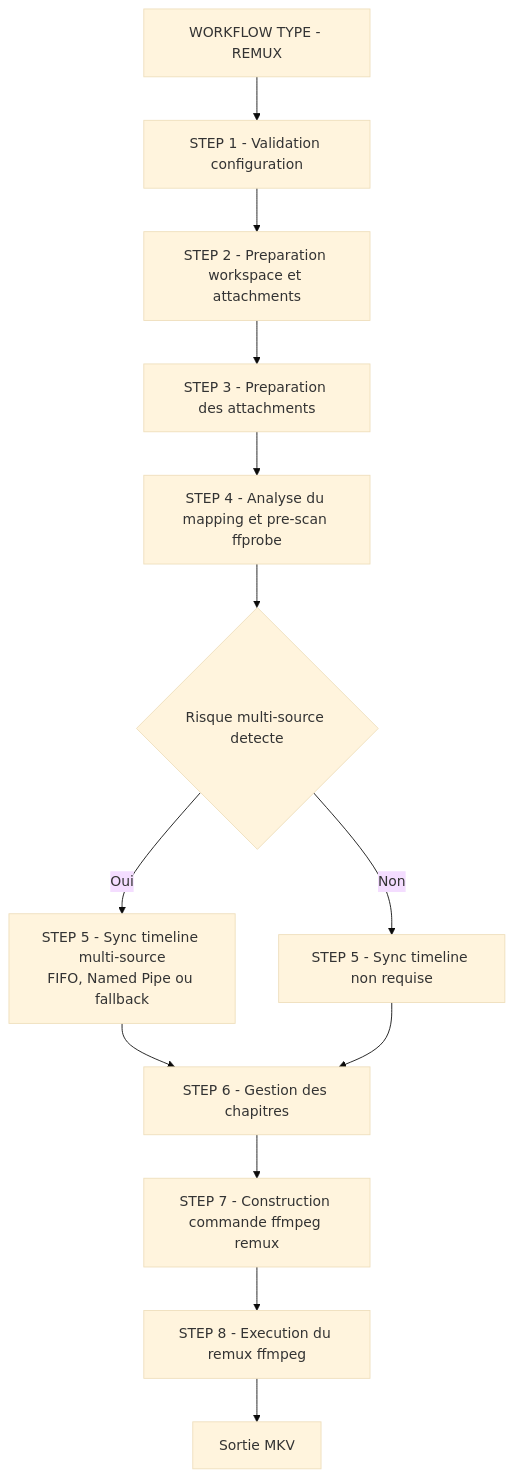
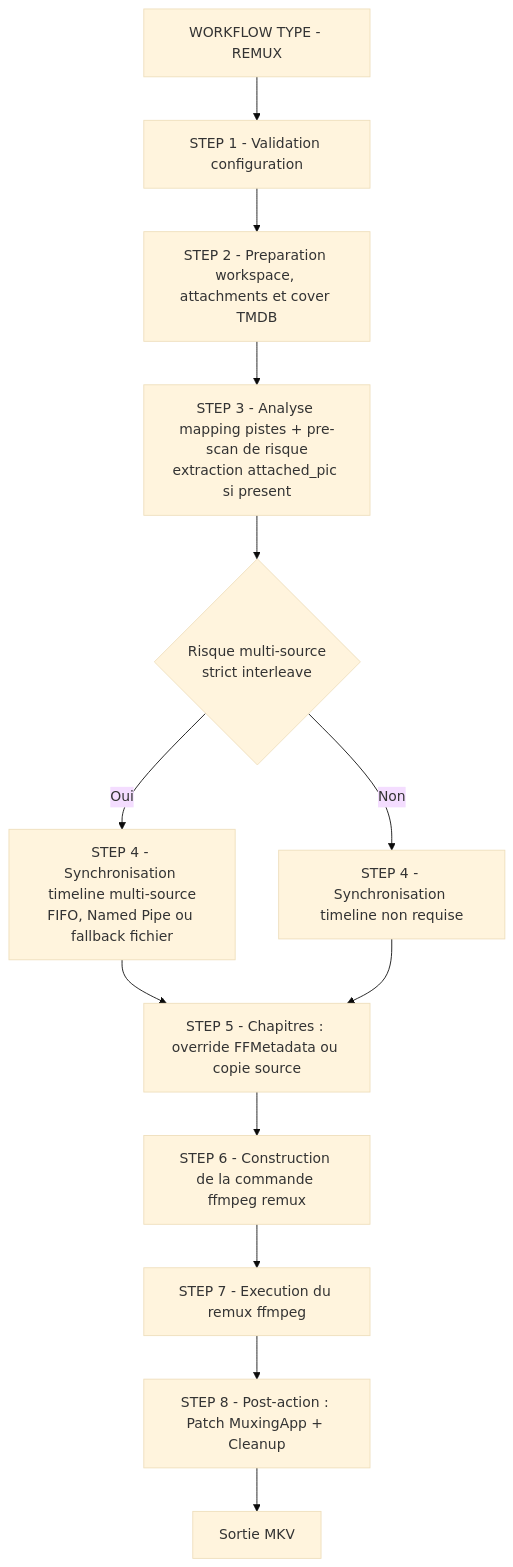
The second of 5 diagrams in README.md (Hydro74000/muxiveo), drawn with Mermaid (base theme) before and after one commit. The commit also changed other lines of this file and 25 other files, not shown here.

````diff
--- a/README.md
+++ b/README.md
@@ -346,15 +346,15 @@
 ```mermaid
 flowchart TD
     A["WORKFLOW TYPE - REMUX"] --> B["STEP 1 - Validation configuration"]
-    B --> C["STEP 2 - Preparation workspace et attachments"]
-    C --> D["STEP 3 - Preparation des attachments"]
-    D --> E["STEP 4 - Analyse du mapping et pre-scan ffprobe"]
-    E --> F{"Risque multi-source detecte"}
-    F -->|Oui| G["STEP 5 - Sync timeline multi-source\nFIFO, Named Pipe ou fallback"]
-    F -->|Non| H["STEP 5 - Sync timeline non requise"]
-    G --> I["STEP 6 - Gestion des chapitres"]
-    H --> I
-    I --> J["STEP 7 - Construction commande ffmpeg remux"]
-    J --> K["STEP 8 - Execution du remux ffmpeg"]
+    B --> C["STEP 2 - Preparation workspace, attachments et cover TMDB"]
+    C --> D["STEP 3 - Analyse mapping pistes + pre-scan de risque\nextraction attached_pic si present"]
+    D --> E{"Risque multi-source\nstrict interleave"}
+    E -->|Oui| F["STEP 4 - Synchronisation timeline multi-source\nFIFO, Named Pipe ou fallback fichier"]
+    E -->|Non| G["STEP 4 - Synchronisation timeline non requise"]
+    F --> H["STEP 5 - Chapitres : override FFMetadata ou copie source"]
+    G --> H
+    H --> I["STEP 6 - Construction de la commande ffmpeg remux"]
+    I --> J["STEP 7 - Execution du remux ffmpeg"]
+    J --> K["STEP 8 - Post-action : Patch MuxingApp + Cleanup"]
     K --> L["Sortie MKV"]
 ```
````
